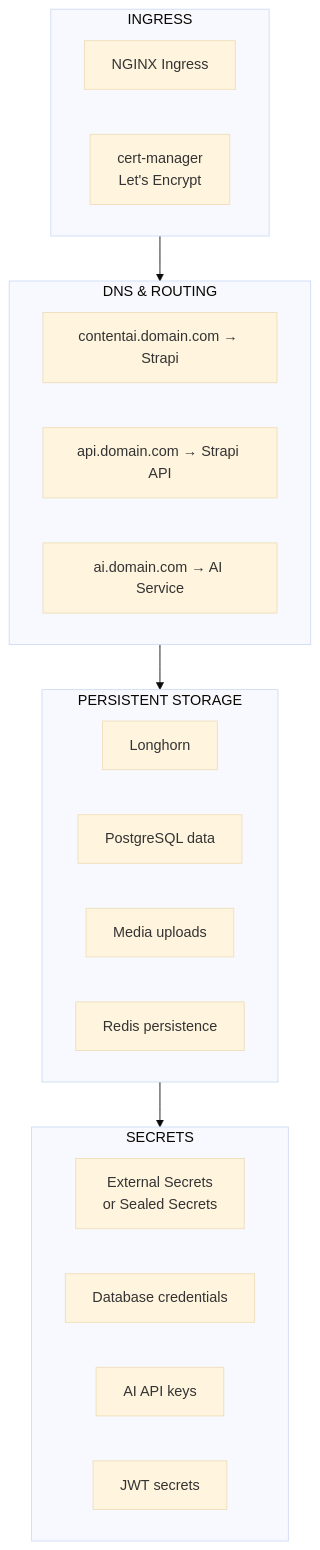
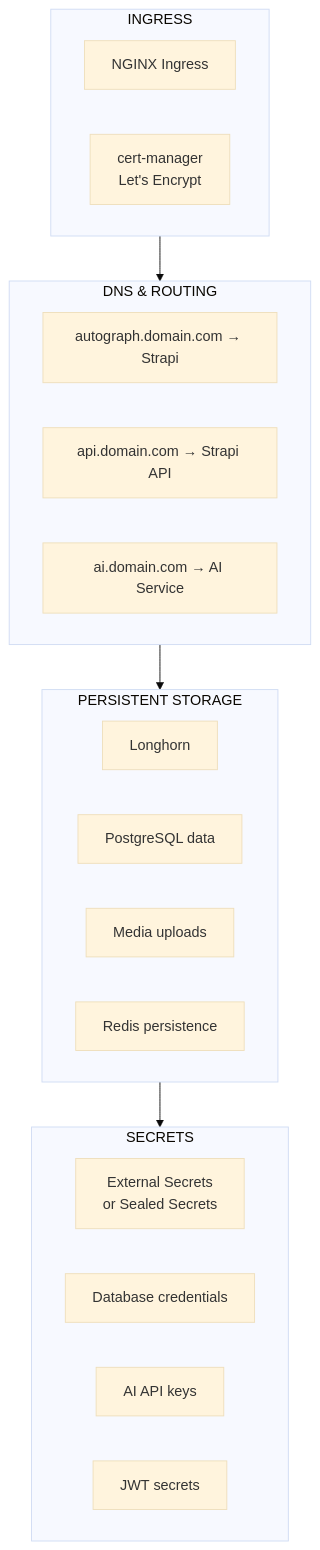
Before and after one commit to PearlThoughtsInternship/Internship-Obsidian-Vault: the fourth of 11 diagrams in DevOps/02-Engineering/01-Architecture.md, drawn with Mermaid (base theme). The commit also changed other lines of this file and 8 other files, not shown here.

````diff
--- a/DevOps/02-Engineering/01-Architecture.md
+++ b/DevOps/02-Engineering/01-Architecture.md
@@ -197,31 +197,31 @@
 ```mermaid
 flowchart TB
     subgraph Ingress["INGRESS"]
         ING["NGINX Ingress"]
         TLS["cert-manager<br/>Let's Encrypt"]
     end
 
     subgraph DNS["DNS & ROUTING"]
-        D1["contentai.domain.com → Strapi"]
+        D1["autograph.domain.com → Strapi"]
         D2["api.domain.com → Strapi API"]
         D3["ai.domain.com → AI Service"]
     end
 
     subgraph Storage["PERSISTENT STORAGE"]
         LH["Longhorn"]
         S1["PostgreSQL data"]
         S2["Media uploads"]
         S3["Redis persistence"]
     end
 
     subgraph Secrets["SECRETS"]
         ESO["External Secrets<br/>or Sealed Secrets"]
         K1["Database credentials"]
         K2["AI API keys"]
         K3["JWT secrets"]
     end
 
     Ingress --> DNS
     DNS --> Storage
     Storage --> Secrets
 ```
````
